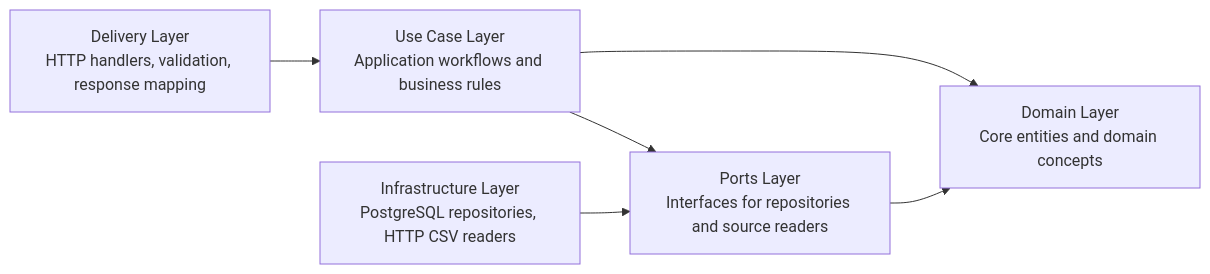
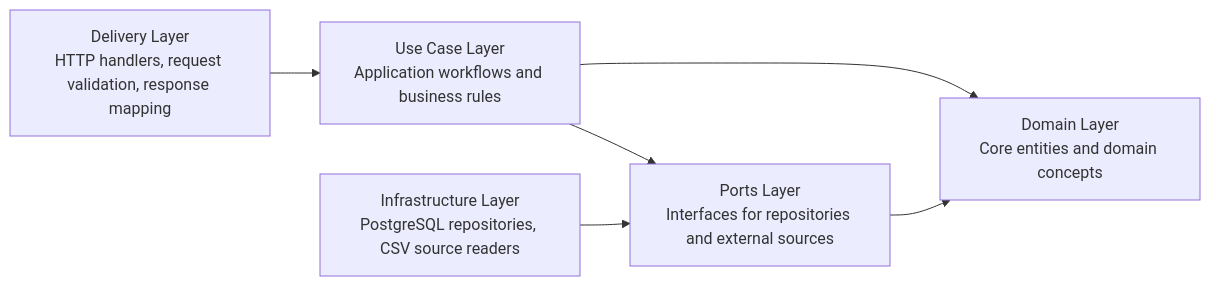
Before and after one commit to Lelo88/football-analytics-engine: the first of 2 diagrams in ARCHITECTURE.md, drawn with Mermaid. The commit also changed other lines of this file, not shown here.

Commit message:
Update architecture documentation with internal and container views

````diff
--- a/ARCHITECTURE.md
+++ b/ARCHITECTURE.md
@@ -195,15 +46,15 @@
 ```mermaid
 flowchart LR
 
-    Delivery[Delivery Layer<br/>HTTP handlers, validation, response mapping]
+    Delivery[Delivery Layer<br/>HTTP handlers, request validation, response mapping]
     UseCase[Use Case Layer<br/>Application workflows and business rules]
-    Ports[Ports Layer<br/>Interfaces for repositories and source readers]
+    Ports[Ports Layer<br/>Interfaces for repositories and external sources]
     Domain[Domain Layer<br/>Core entities and domain concepts]
-    Infra[Infrastructure Layer<br/>PostgreSQL repositories, HTTP CSV readers]
+    Infra[Infrastructure Layer<br/>PostgreSQL repositories, CSV source readers]
 
     Delivery --> UseCase
     UseCase --> Ports
     UseCase --> Domain
     Infra --> Ports
     Ports --> Domain
 ```
````
